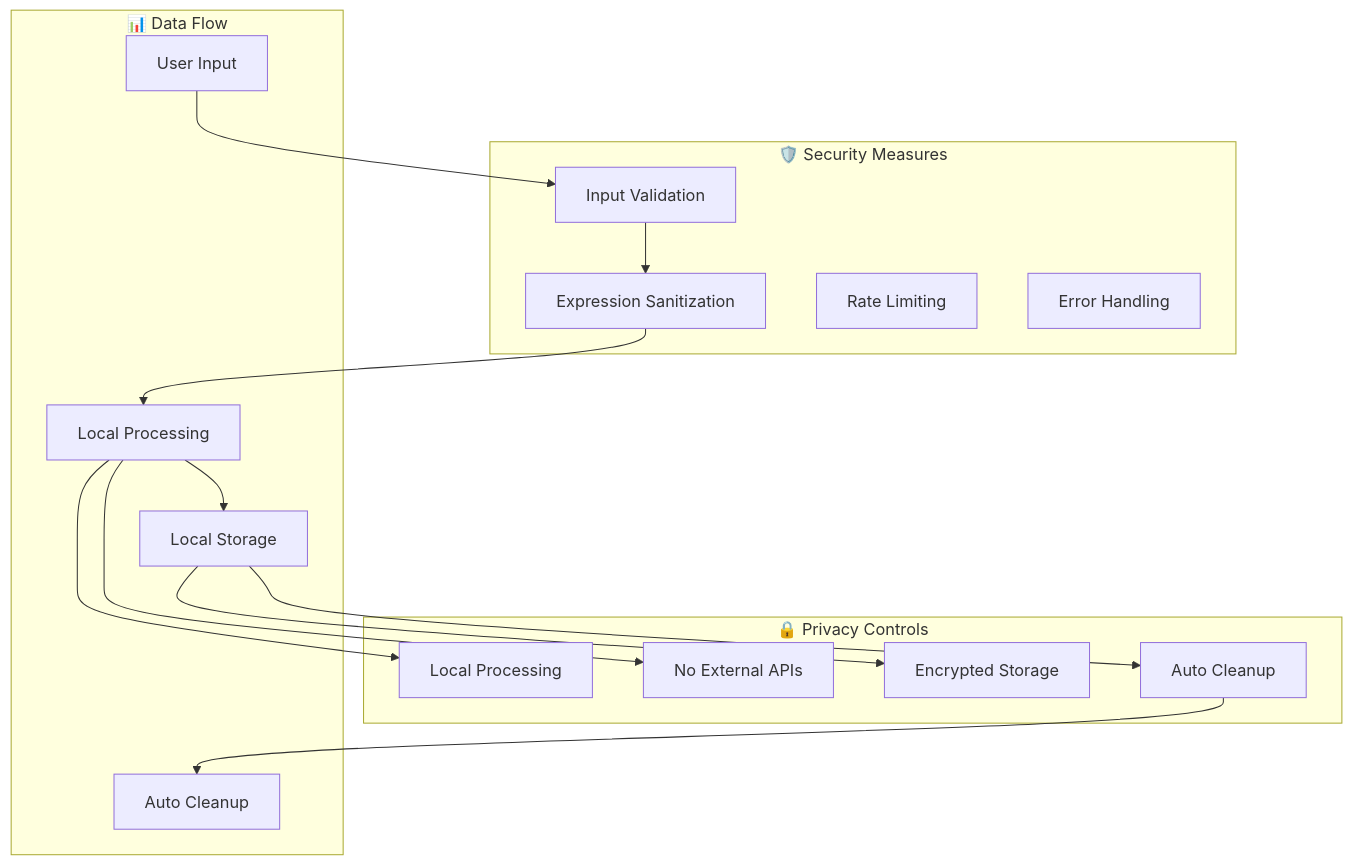
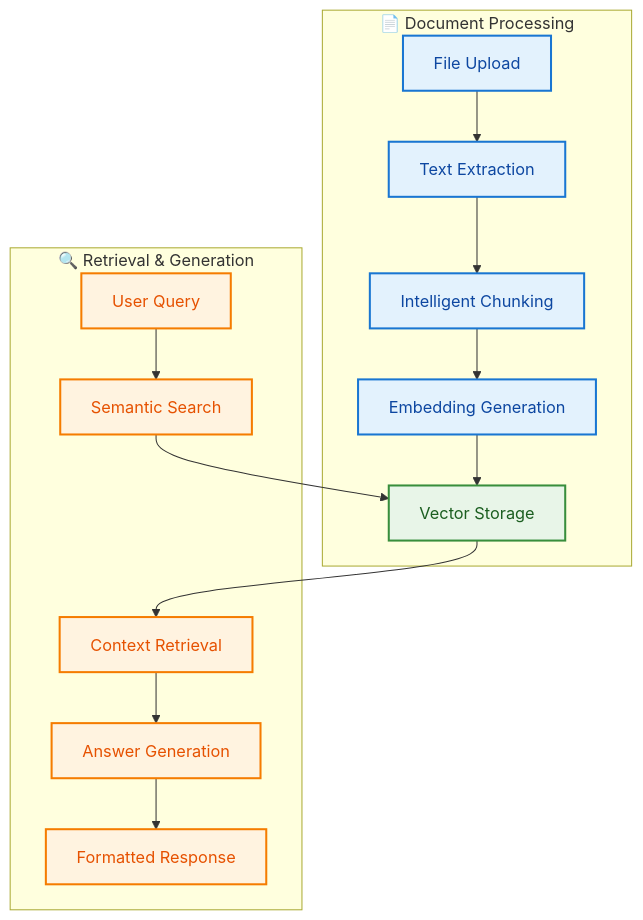
Before and after one commit to khaosans/basic-chat: the seventh of 11 diagrams in docs/FEATURES.md, drawn with Mermaid. The commit also changed other lines of this file and 2 other files, not shown here.

Commit message:
docs: fix organization, footer, and mermaid styling in README and FEATURES; add footer to DEVELOPMENT.md

````diff
--- a/docs/FEATURES.md
+++ b/docs/FEATURES.md
@@ -639,35 +650,37 @@
 ```mermaid
 graph TB
-    subgraph "🔒 Privacy Controls"
-        LOCAL[Local Processing]
-        NO_EXTERNAL[No External APIs]
-        ENCRYPT[Encrypted Storage]
-        CLEANUP[Auto Cleanup]
+    subgraph "📄 Document Processing"
+        UPLOAD[File Upload]
+        EXTRACT[Text Extraction]
+        CHUNK[Intelligent Chunking]
+        EMBED[Embedding Generation]
+        STORE[Vector Storage]
     end
     
-    subgraph "🛡️ Security Measures"
-        VALIDATION[Input Validation]
-        SANITIZATION[Expression Sanitization]
-        RATE_LIMIT[Rate Limiting]
-        ERROR_HANDLING[Error Handling]
+    subgraph "🔍 Retrieval & Generation"
+        QUERY[User Query]
+        SEARCH[Semantic Search]
+        RETRIEVE[Context Retrieval]
+        GENERATE[Answer Generation]
+        OUTPUT[Formatted Response]
     end
     
-    subgraph "📊 Data Flow"
-        USER[User Input]
-        PROCESS[Local Processing]
-        STORE[Local Storage]
-        CLEAN[Auto Cleanup]
-    end
+    UPLOAD --> EXTRACT
+    EXTRACT --> CHUNK
+    CHUNK --> EMBED
+    EMBED --> STORE
     
-    USER --> VALIDATION
-    VALIDATION --> SANITIZATION
-    SANITIZATION --> PROCESS
+    QUERY --> SEARCH
+    SEARCH --> STORE
+    STORE --> RETRIEVE
+    RETRIEVE --> GENERATE
+    GENERATE --> OUTPUT
     
-    PROCESS --> LOCAL
-    PROCESS --> NO_EXTERNAL
+    classDef processing fill:#E3F2FD,stroke:#1976D2,stroke-width:2px,color:#0D47A1
+    classDef retrieval fill:#FFF3E0,stroke:#F57C00,stroke-width:2px,color:#E65100
+    classDef storage fill:#E8F5E8,stroke:#388E3C,stroke-width:2px,color:#1B5E20
     
-    PROCESS --> STORE
-    STORE --> ENCRYPT
-    STORE --> CLEANUP
-    CLEANUP --> CLEAN
+    class UPLOAD,EXTRACT,CHUNK,EMBED processing
+    class QUERY,SEARCH,RETRIEVE,GENERATE,OUTPUT retrieval
+    class STORE storage
 ```
````
